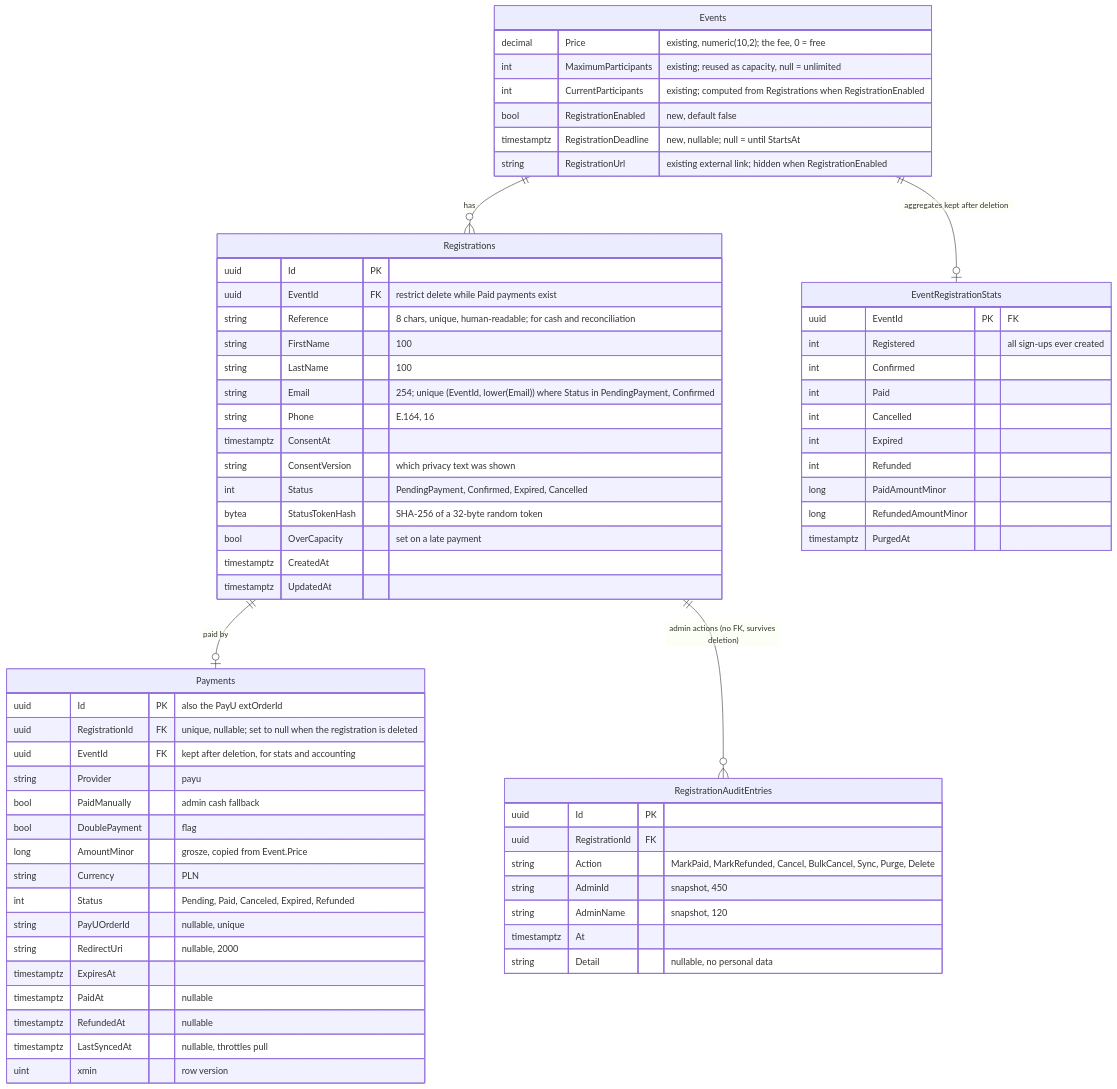
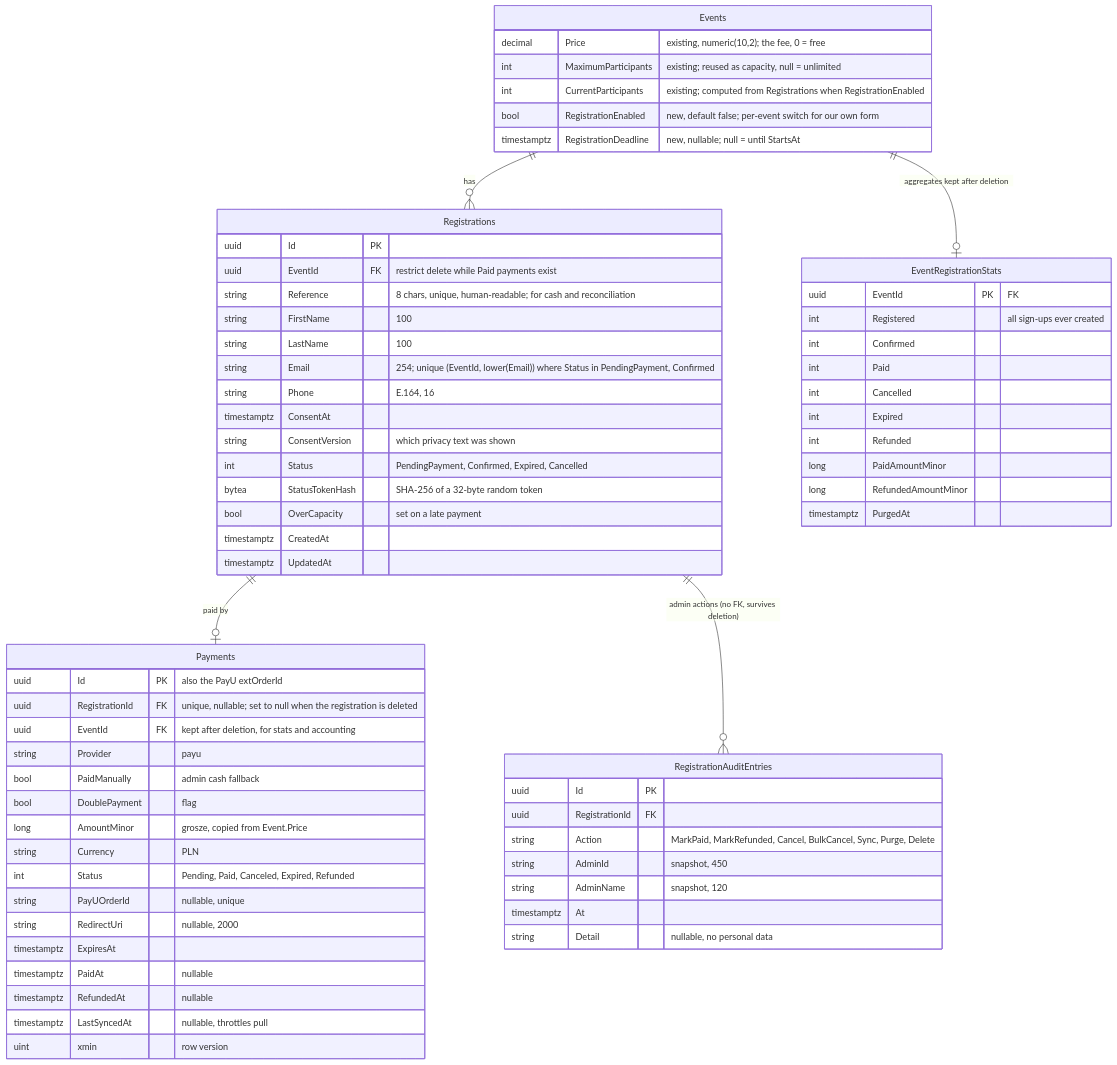
Before and after one commit to ESN-App/ESN-App: the third of 4 diagrams in docs/adr/005-event-registration-and-payu-payments.md, drawn with Mermaid. The commit also changed other lines of this file, not shown here.

````diff
--- a/docs/adr/005-event-registration-and-payu-payments.md
+++ b/docs/adr/005-event-registration-and-payu-payments.md
@@ -246,71 +249,70 @@
 ```mermaid
 erDiagram
     Events ||--o{ Registrations : "has"
     Registrations ||--o| Payments : "paid by"
     Registrations ||--o{ RegistrationAuditEntries : "admin actions (no FK, survives deletion)"
     Events ||--o| EventRegistrationStats : "aggregates kept after deletion"
 
     Events {
         decimal Price "existing, numeric(10,2); the fee, 0 = free"
         int MaximumParticipants "existing; reused as capacity, null = unlimited"
         int CurrentParticipants "existing; computed from Registrations when RegistrationEnabled"
-        bool RegistrationEnabled "new, default false"
+        bool RegistrationEnabled "new, default false; per-event switch for our own form"
         timestamptz RegistrationDeadline "new, nullable; null = until StartsAt"
-        string RegistrationUrl "existing external link; hidden when RegistrationEnabled"
     }
     Registrations {
         uuid Id PK
         uuid EventId FK "restrict delete while Paid payments exist"
         string Reference "8 chars, unique, human-readable; for cash and reconciliation"
         string FirstName "100"
         string LastName "100"
         string Email "254; unique (EventId, lower(Email)) where Status in PendingPayment, Confirmed"
         string Phone "E.164, 16"
         timestamptz ConsentAt
         string ConsentVersion "which privacy text was shown"
         int Status "PendingPayment, Confirmed, Expired, Cancelled"
         bytea StatusTokenHash "SHA-256 of a 32-byte random token"
         bool OverCapacity "set on a late payment"
         timestamptz CreatedAt
         timestamptz UpdatedAt
     }
     Payments {
         uuid Id PK "also the PayU extOrderId"
         uuid RegistrationId FK "unique, nullable; set to null when the registration is deleted"
         uuid EventId FK "kept after deletion, for stats and accounting"
         string Provider "payu"
         bool PaidManually "admin cash fallback"
         bool DoublePayment "flag"
         long AmountMinor "grosze, copied from Event.Price"
         string Currency "PLN"
         int Status "Pending, Paid, Canceled, Expired, Refunded"
         string PayUOrderId "nullable, unique"
         string RedirectUri "nullable, 2000"
         timestamptz ExpiresAt
         timestamptz PaidAt "nullable"
         timestamptz RefundedAt "nullable"
         timestamptz LastSyncedAt "nullable, throttles pull"
         uint xmin "row version"
     }
     RegistrationAuditEntries {
         uuid Id PK
         uuid RegistrationId FK
         string Action "MarkPaid, MarkRefunded, Cancel, BulkCancel, Sync, Purge, Delete"
         string AdminId "snapshot, 450"
         string AdminName "snapshot, 120"
         timestamptz At
         string Detail "nullable, no personal data"
     }
     EventRegistrationStats {
         uuid EventId PK "FK"
         int Registered "all sign-ups ever created"
         int Confirmed
         int Paid
         int Cancelled
         int Expired
         int Refunded
         long PaidAmountMinor
         long RefundedAmountMinor
         timestamptz PurgedAt
     }
 ```
````
